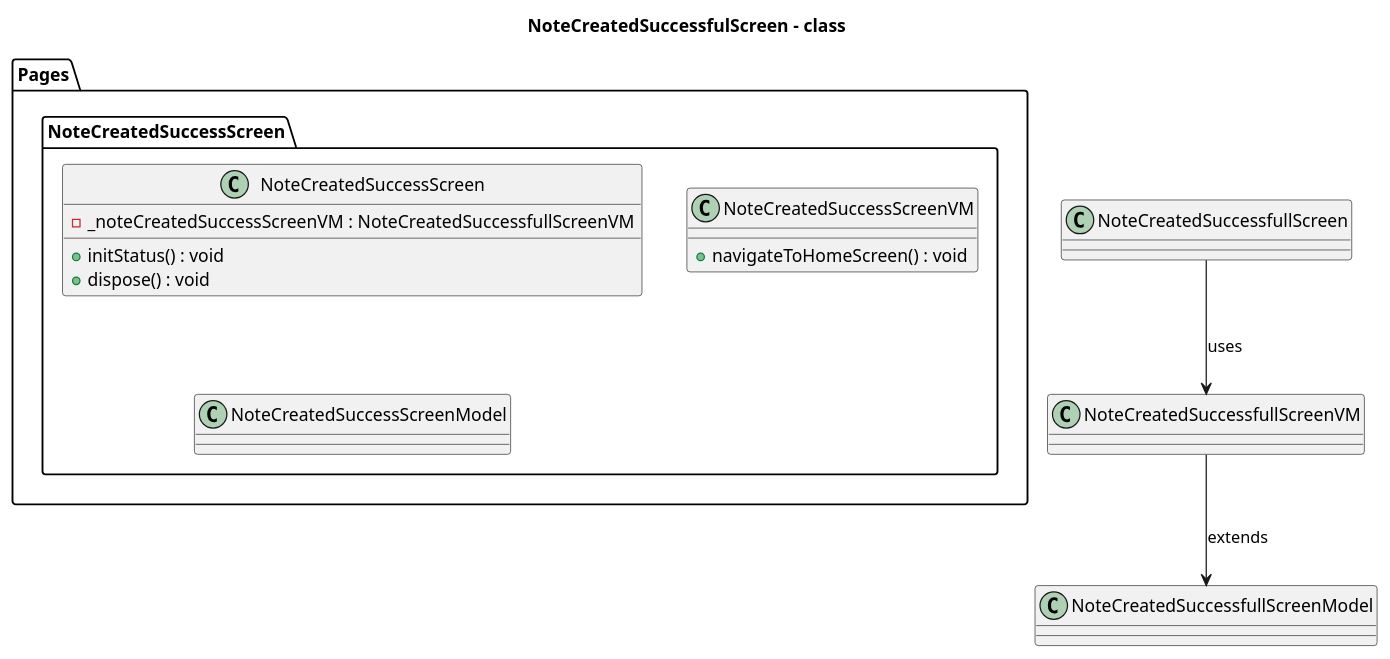
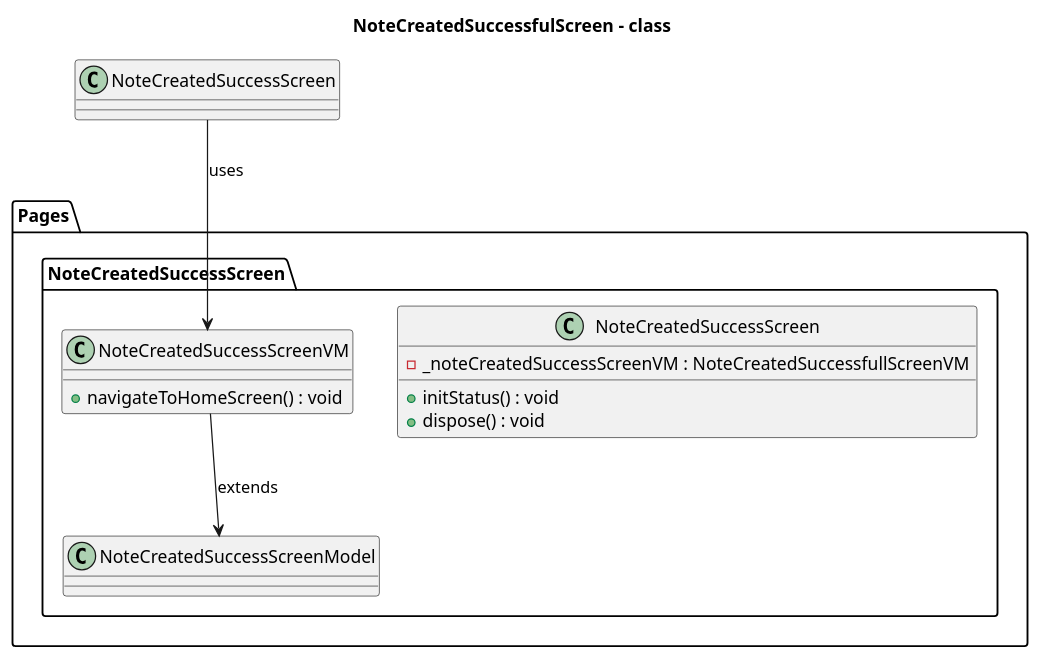
The diagram in lib/Pages/NoteCreatedSuccessScreen/Design/NoteCreatedSuccessScreen-Class.puml (Judirebecca/Notes-application), drawn with PlantUML before and after one commit. The commit also changed 17 other files, not shown here.

Commit message:
added sequence diagram

```diff
--- a/lib/Pages/NoteCreatedSuccessScreen/Design/NoteCreatedSuccessScreen-Class.puml
+++ b/lib/Pages/NoteCreatedSuccessScreen/Design/NoteCreatedSuccessScreen-Class.puml
@@ -1,22 +1,21 @@
 @startuml NoteCreatedSuccessfulScreen - class 
 title NoteCreatedSuccessfulScreen - class 
 package Pages{
     package NoteCreatedSuccessScreen{
         class NoteCreatedSuccessScreen{
             - _noteCreatedSuccessScreenVM : NoteCreatedSuccessfullScreenVM
-            + initStatus() : void 
-            + dispose() : void 
-            
+            + initStatus() : void  
+            + dispose() : void  
         }
         class NoteCreatedSuccessScreenVM{
             + navigateToHomeScreen() : void 
         }   
         class NoteCreatedSuccessScreenModel{
     }
 }
 }
 
-NoteCreatedSuccessfullScreen --> NoteCreatedSuccessfullScreenVM : uses
-NoteCreatedSuccessfullScreenVM --> NoteCreatedSuccessfullScreenModel : extends
+NoteCreatedSuccessScreen --> NoteCreatedSuccessScreenVM : uses
+NoteCreatedSuccessScreenVM --> NoteCreatedSuccessScreenModel : extends
 
 @enduml
```
